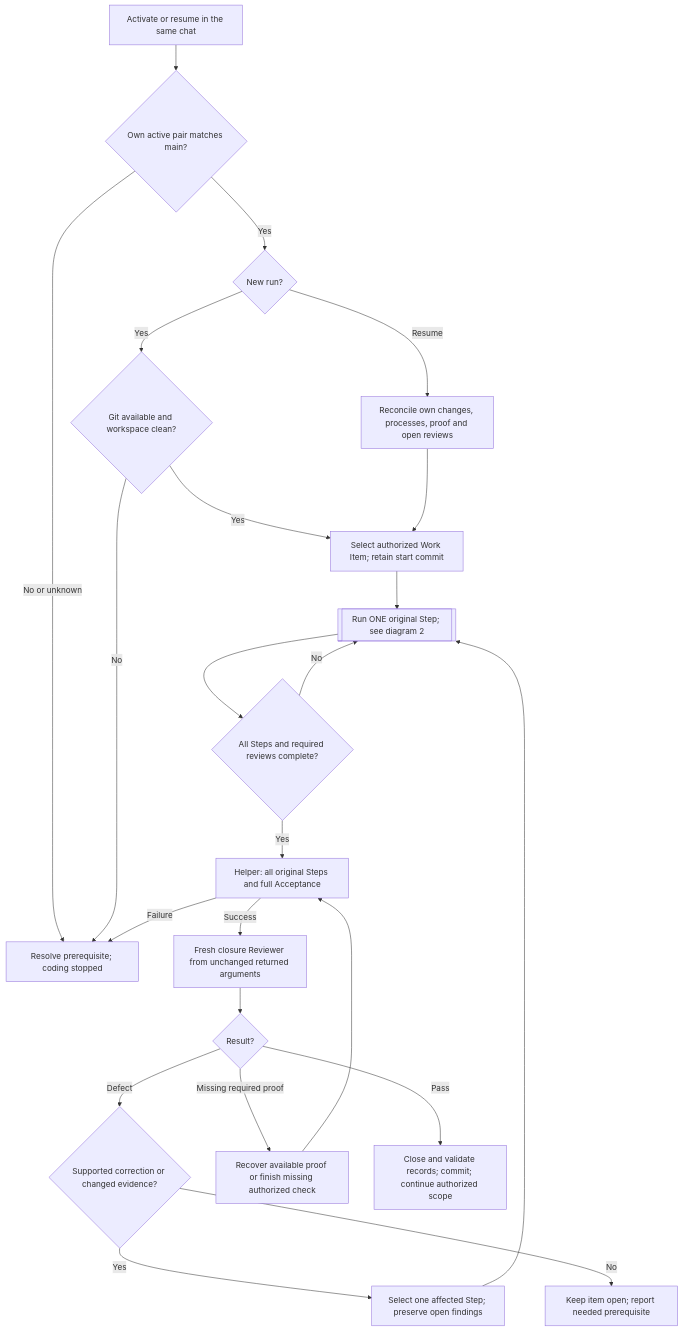
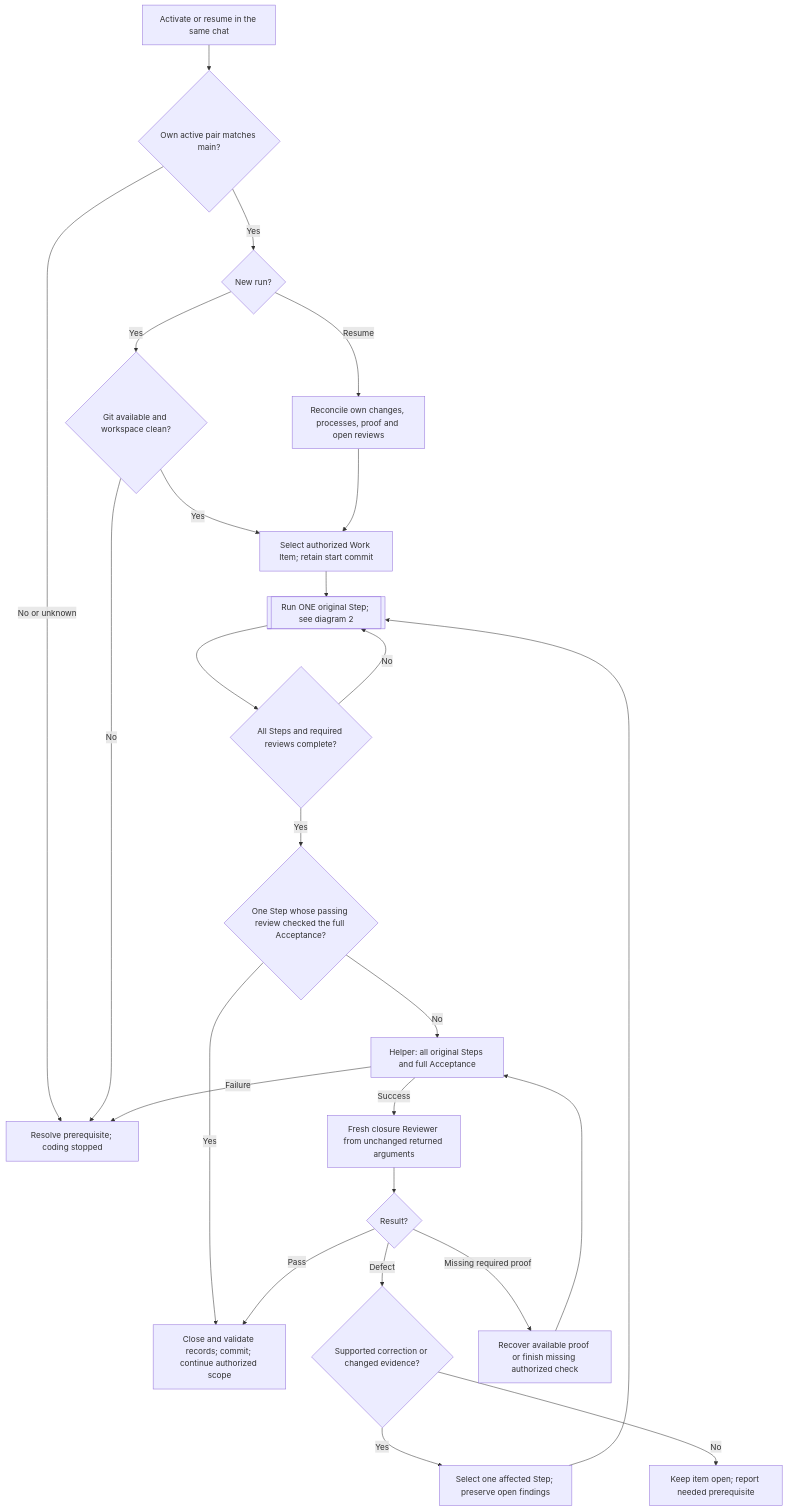
Before and after one commit to benjaminstelzer/scoville-suite-for-codex-mainloop: the first of 4 diagrams in README.md, drawn with Mermaid. The commit also changed other lines of this file and 183 other files, not shown here.

````diff
--- a/README.md
+++ b/README.md
@@ -56,25 +56,27 @@
 ```mermaid
 flowchart TD
   A["Activate or resume in the same chat"] --> M{"Own active pair matches main?"}
   M -->|No or unknown| B["Resolve prerequisite; coding stopped"]
   M -->|Yes| N{"New run?"}
   N -->|Yes| G{"Git available and workspace clean?"}
   G -->|No| B
   G -->|Yes| W["Select authorized Work Item; retain start commit"]
   N -->|Resume| R["Reconcile own changes, processes, proof and open reviews"]
   R --> W
   W --> S[["Run ONE original Step; see diagram 2"]]
   S --> D{"All Steps and required reviews complete?"}
   D -->|No| S
-  D -->|Yes| C["Helper: all original Steps and full Acceptance"]
+  D -->|Yes| ONE{"One Step whose passing review checked the full Acceptance?"}
+  ONE -->|Yes| E
+  ONE -->|No| C["Helper: all original Steps and full Acceptance"]
   C -->|Success| CR["Fresh closure Reviewer from unchanged returned arguments"]
   C -->|Failure| B
   CR --> V{"Result?"}
   V -->|Defect| nextCorrection{"Supported correction or changed evidence?"}
   nextCorrection -->|Yes| F["Select one affected Step; preserve open findings"]
   nextCorrection -->|No| O["Keep item open; report needed prerequisite"]
   F --> S
   V -->|Missing required proof| P["Recover available proof or finish missing authorized check"]
   P --> C
   V -->|Pass| E["Close and validate records; commit; continue authorized scope"]
 ```
````
